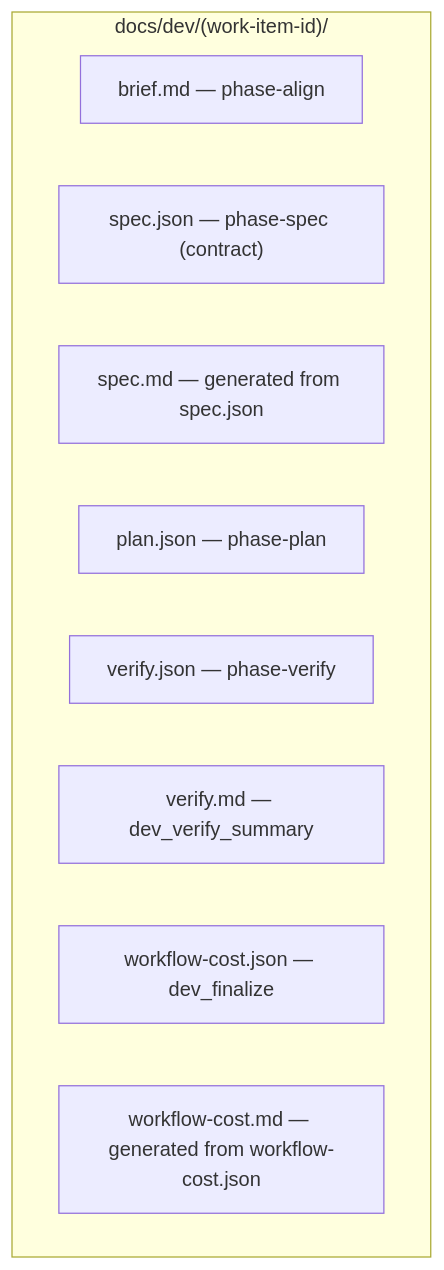
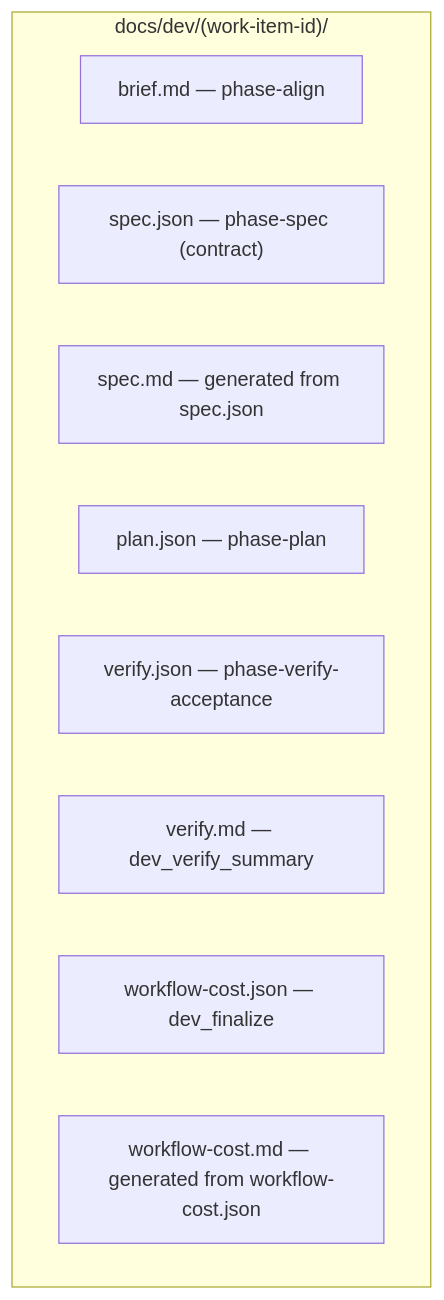
The first of 2 diagrams in docs/artifacts.md (cshirley/accord), drawn with Mermaid before and after one commit. The commit also changed 21 other files, not shown here.

````diff
--- a/docs/artifacts.md
+++ b/docs/artifacts.md
@@ -7,13 +7,13 @@
 ```mermaid
 flowchart TB
   subgraph dev["docs/dev/(work-item-id)/"]
     brief["brief.md — phase-align"]
     spec["spec.json — phase-spec (contract)"]
     specmd["spec.md — generated from spec.json"]
     plan["plan.json — phase-plan"]
-    vjson["verify.json — phase-verify"]
+    vjson["verify.json — phase-verify-acceptance"]
     vmd["verify.md — dev_verify_summary"]
     wcjson["workflow-cost.json — dev_finalize"]
     wcmd["workflow-cost.md — generated from workflow-cost.json"]
   end
 ```
````
